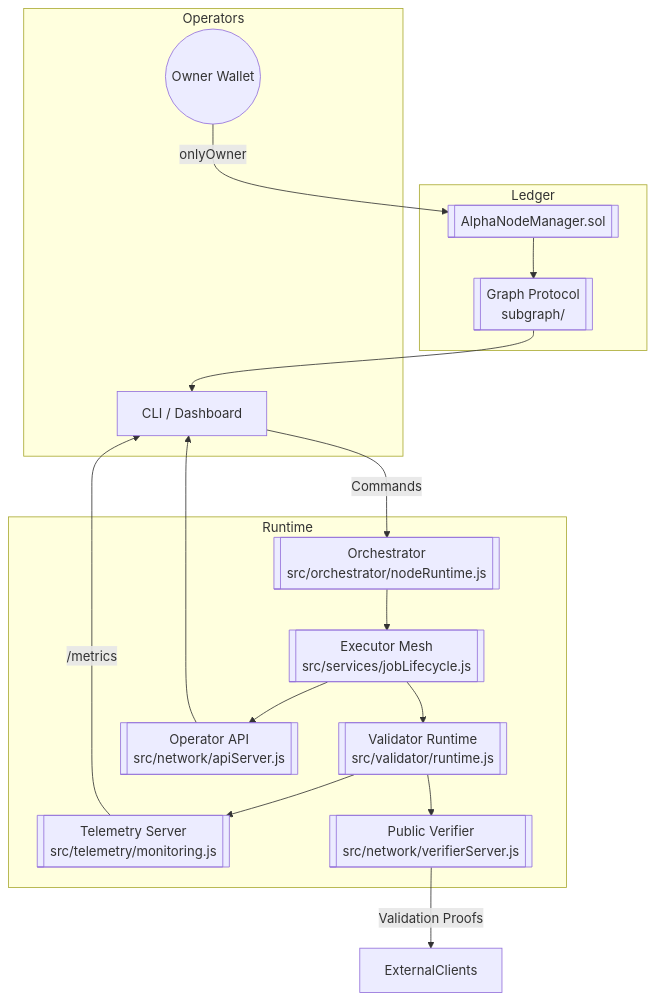
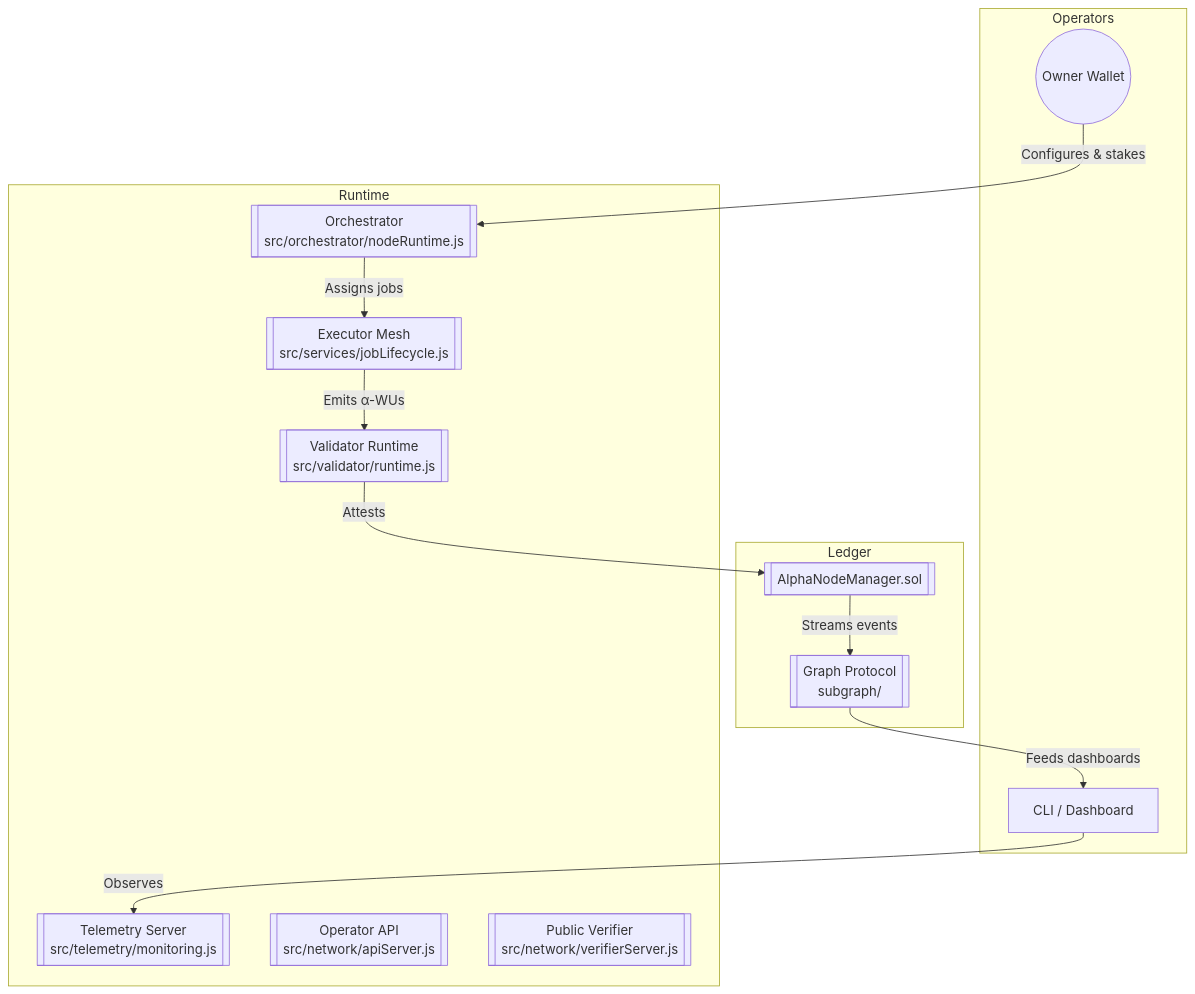
Before and after one commit to MontrealAI/AGI-Alpha-Node-v0: the second of 2 diagrams in README.md, drawn with Mermaid. The commit also changed other lines of this file and 7 other files, not shown here.

````diff
--- a/README.md
+++ b/README.md
@@ -143,32 +156,26 @@
 ```mermaid
 graph TD
   subgraph Operators
     Owner((Owner Wallet))
     Steward[CLI / Dashboard]
   end
   subgraph Runtime
     Orchestrator[[Orchestrator<br/>src/orchestrator/nodeRuntime.js]]
     Executor[[Executor Mesh<br/>src/services/jobLifecycle.js]]
     Validator[[Validator Runtime<br/>src/validator/runtime.js]]
     Monitor[[Telemetry Server<br/>src/telemetry/monitoring.js]]
     API[[Operator API<br/>src/network/apiServer.js]]
     Verifier[[Public Verifier<br/>src/network/verifierServer.js]]
   end
   subgraph Ledger
     Solidity[[AlphaNodeManager.sol]]
     Subgraph[[Graph Protocol<br/>subgraph/]]
   end
-
-  Steward -->|Commands| Orchestrator
-  Orchestrator --> Executor
-  Executor --> Validator
-  Validator --> Monitor
-  Monitor -->|/metrics| Steward
-  Validator --> Verifier
-  Verifier -->|Validation Proofs| ExternalClients
-  Executor --> API
-  API --> Steward
-  Owner -->|onlyOwner| Solidity
-  Solidity --> Subgraph
-  Subgraph --> Steward
+  Owner -->|Configures & stakes| Orchestrator
+  Steward -->|Observes| Monitor
+  Orchestrator -->|Assigns jobs| Executor
+  Executor -->|Emits α-WUs| Validator
+  Validator -->|Attests| Solidity
+  Solidity -->|Streams events| Subgraph
+  Subgraph -->|Feeds dashboards| Steward
 ```
````
